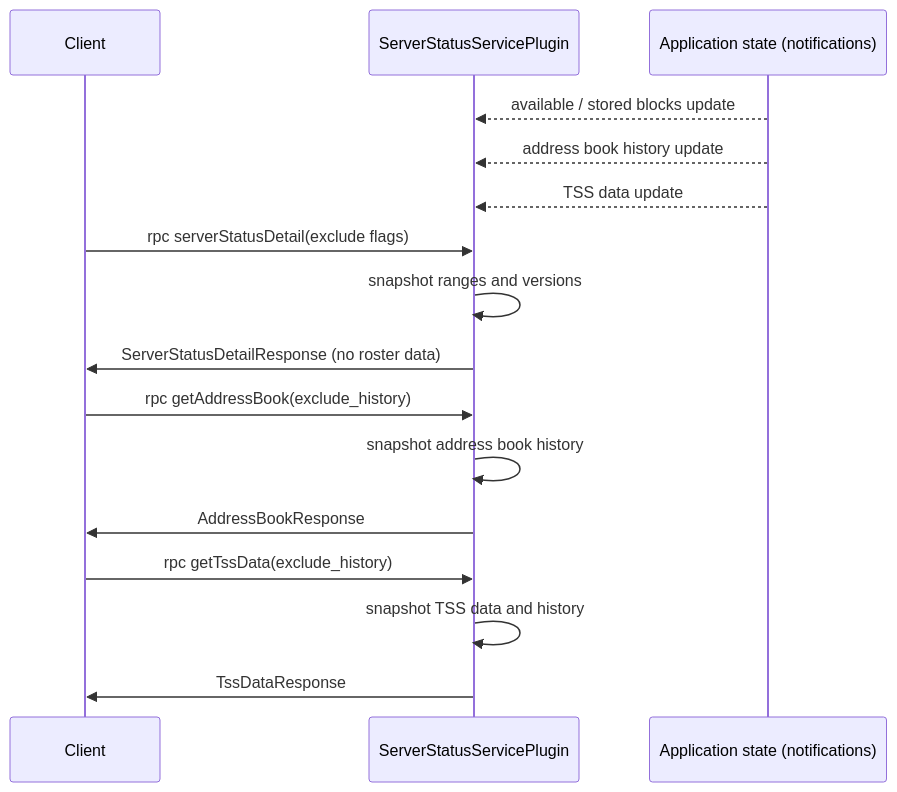
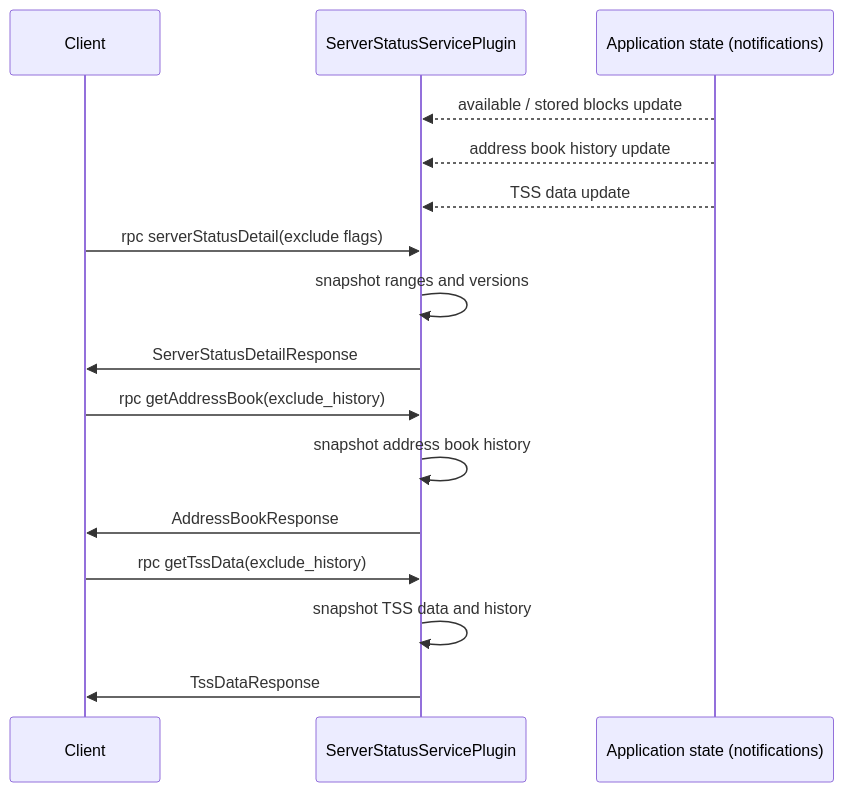
The diagram in docs/design/apis/server-status-api.md (hiero-ledger/hiero-block-node), drawn with Mermaid before and after one commit. The commit also changed other lines of this file and 2 other files, not shown here.

````diff
--- a/docs/design/apis/server-status-api.md
+++ b/docs/design/apis/server-status-api.md
@@ -130,22 +131,22 @@
 ```mermaid
 sequenceDiagram
     participant C as Client
     participant P as ServerStatusServicePlugin
     participant AS as Application state (notifications)
 
     AS-->>P: available / stored blocks update
     AS-->>P: address book history update
     AS-->>P: TSS data update
 
     C->>P: rpc serverStatusDetail(exclude flags)
     P->>P: snapshot ranges and versions
-    P->>C: ServerStatusDetailResponse (no roster data)
+    P->>C: ServerStatusDetailResponse
 
     C->>P: rpc getAddressBook(exclude_history)
     P->>P: snapshot address book history
     P->>C: AddressBookResponse
 
     C->>P: rpc getTssData(exclude_history)
     P->>P: snapshot TSS data and history
     P->>C: TssDataResponse
 ```
````
